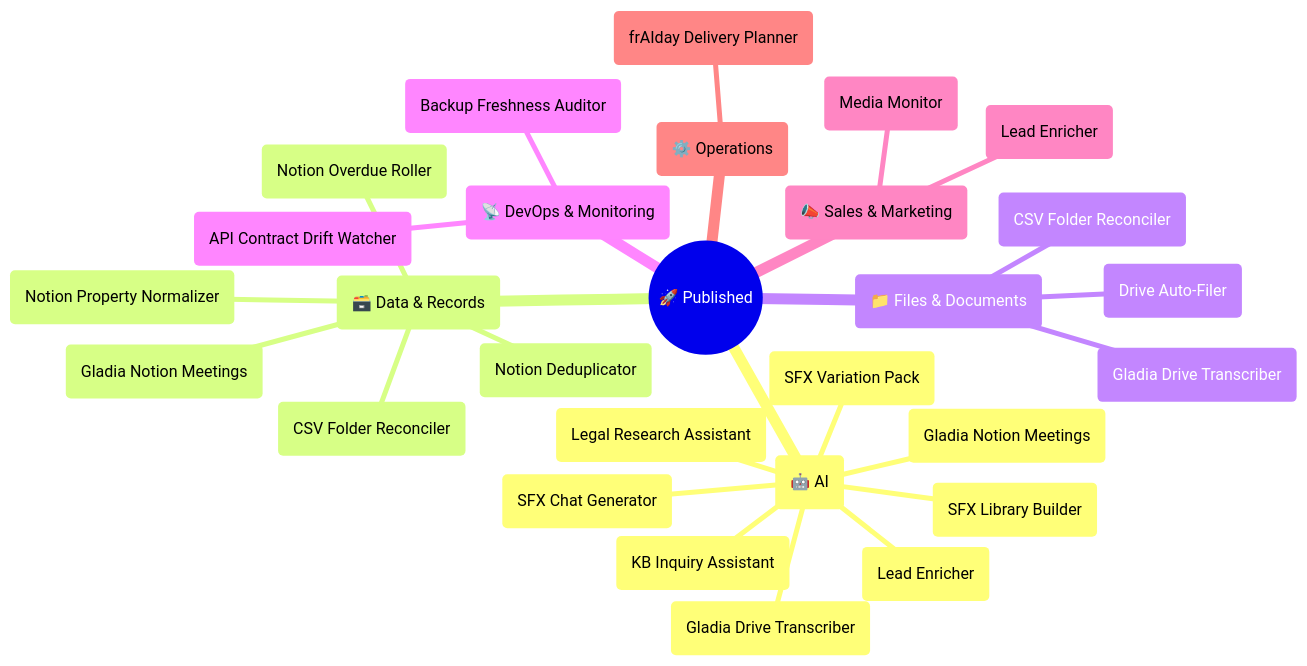
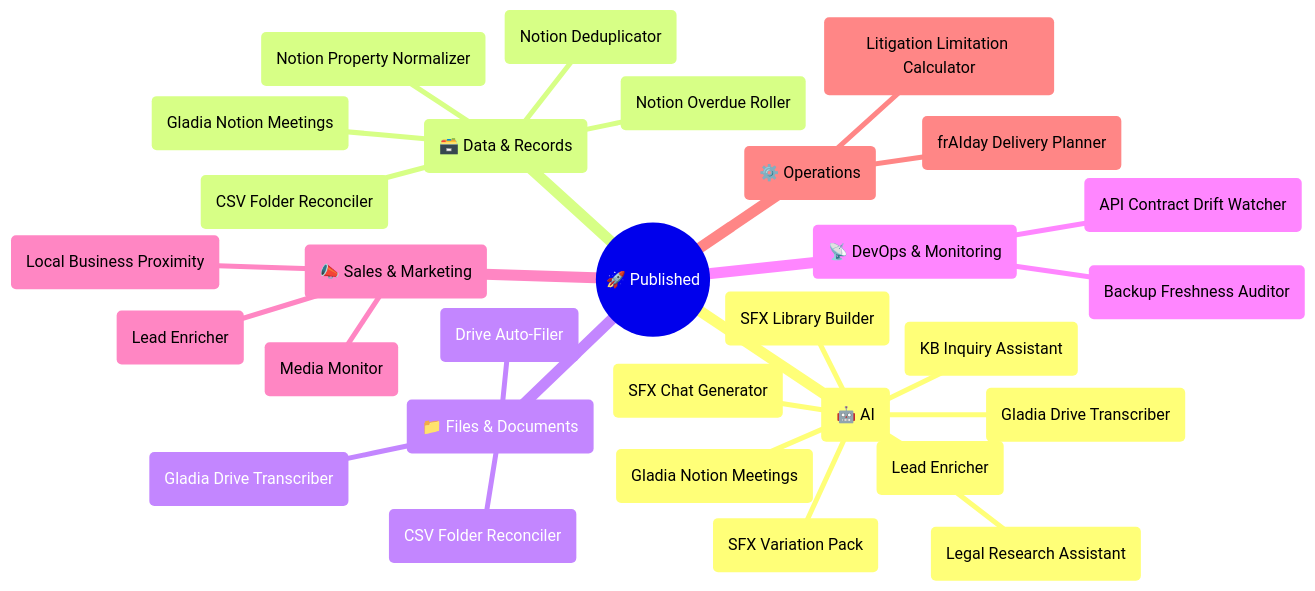
Before and after one commit to exekyute/n8n-exekyute-templates: the diagram in README.md, drawn with Mermaid. The commit also changed other lines of this file and 12 other files, not shown here.

First line of the commit message:
Promote Local Business Proximity and Litigation Limitation Calculator to published (#57)

````diff
--- a/README.md
+++ b/README.md
@@ -9,31 +9,33 @@
 ```mermaid
 mindmap
   root((🚀 Published))
     (🤖 AI)
       (KB Inquiry Assistant)
       (Legal Research Assistant)
       (SFX Chat Generator)
       (SFX Variation Pack)
       (SFX Library Builder)
       (Gladia Drive Transcriber)
       (Gladia Notion Meetings)
       (Lead Enricher)
     (🗃️ Data & Records)
       (Notion Deduplicator)
       (Notion Overdue Roller)
       (Notion Property Normalizer)
       (Gladia Notion Meetings)
       (CSV Folder Reconciler)
     (📁 Files & Documents)
       (CSV Folder Reconciler)
       (Drive Auto-Filer)
       (Gladia Drive Transcriber)
     (📡 DevOps & Monitoring)
       (API Contract Drift Watcher)
       (Backup Freshness Auditor)
     (📣 Sales & Marketing)
       (Lead Enricher)
       (Media Monitor)
+      (Local Business Proximity)
     (⚙️ Operations)
       (frAIday Delivery Planner)
+      (Litigation Limitation Calculator)
 ```
````
